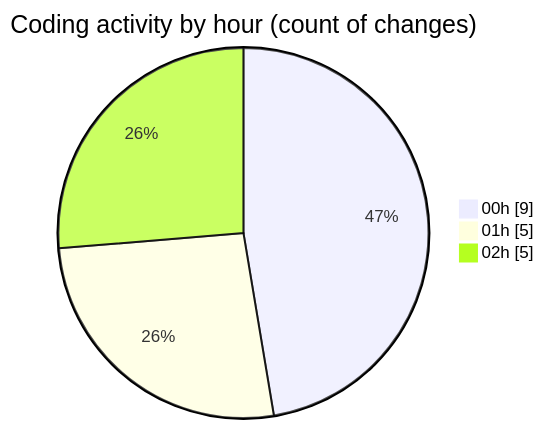
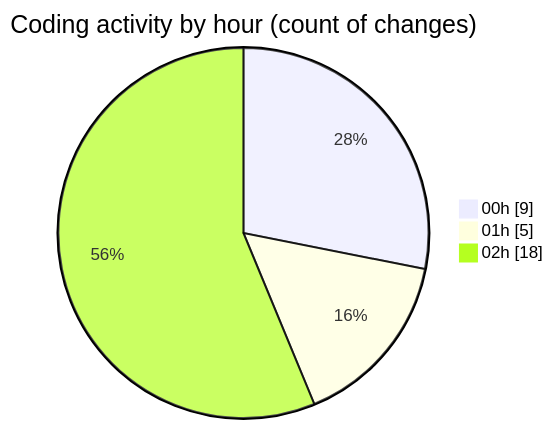
Before and after one commit to lephambinh05/code-tracking: the second of 2 diagrams in 2025-08-05/studybuddy/README.md, drawn with Mermaid. The commit also changed other lines of this file and 1 other file, not shown here.

````diff
--- a/2025-08-05/studybuddy/README.md
+++ b/2025-08-05/studybuddy/README.md
@@ -33,7 +38,7 @@
 ```mermaid
 pie showData
 title Coding activity by hour (count of changes)
 "00h" : 9
 "01h" : 5
-"02h" : 5
+"02h" : 18
 ```
````
